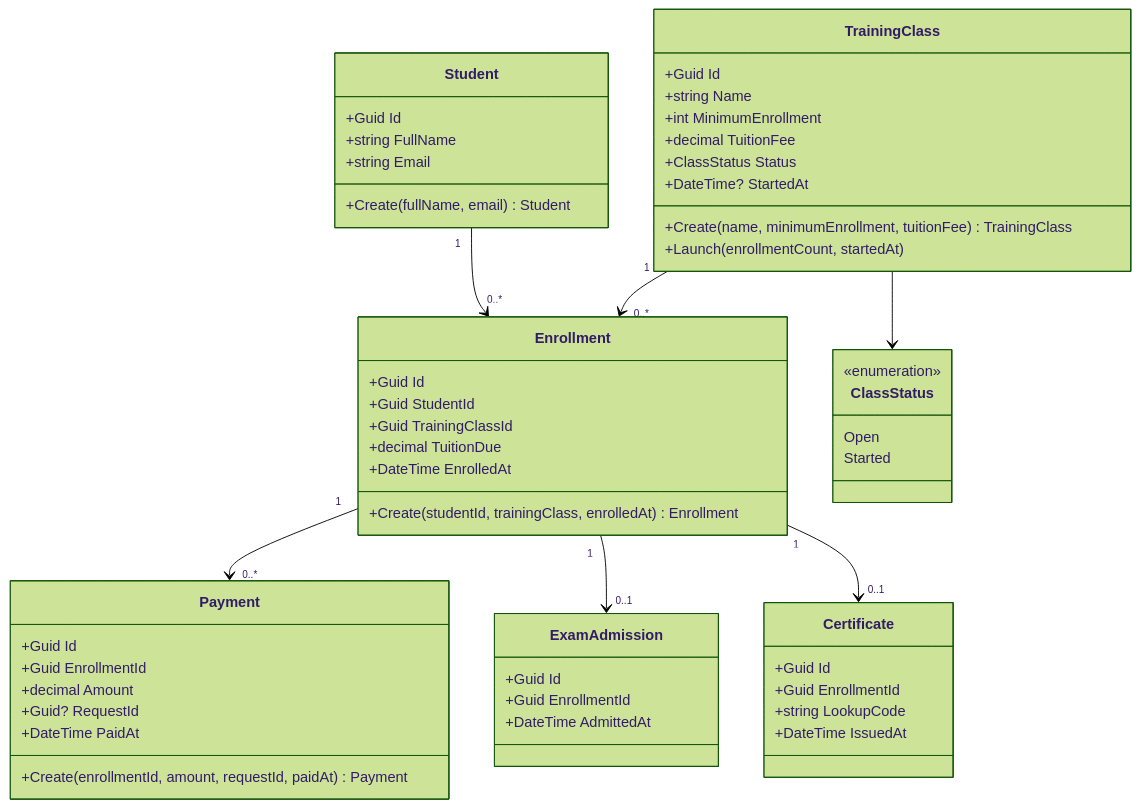
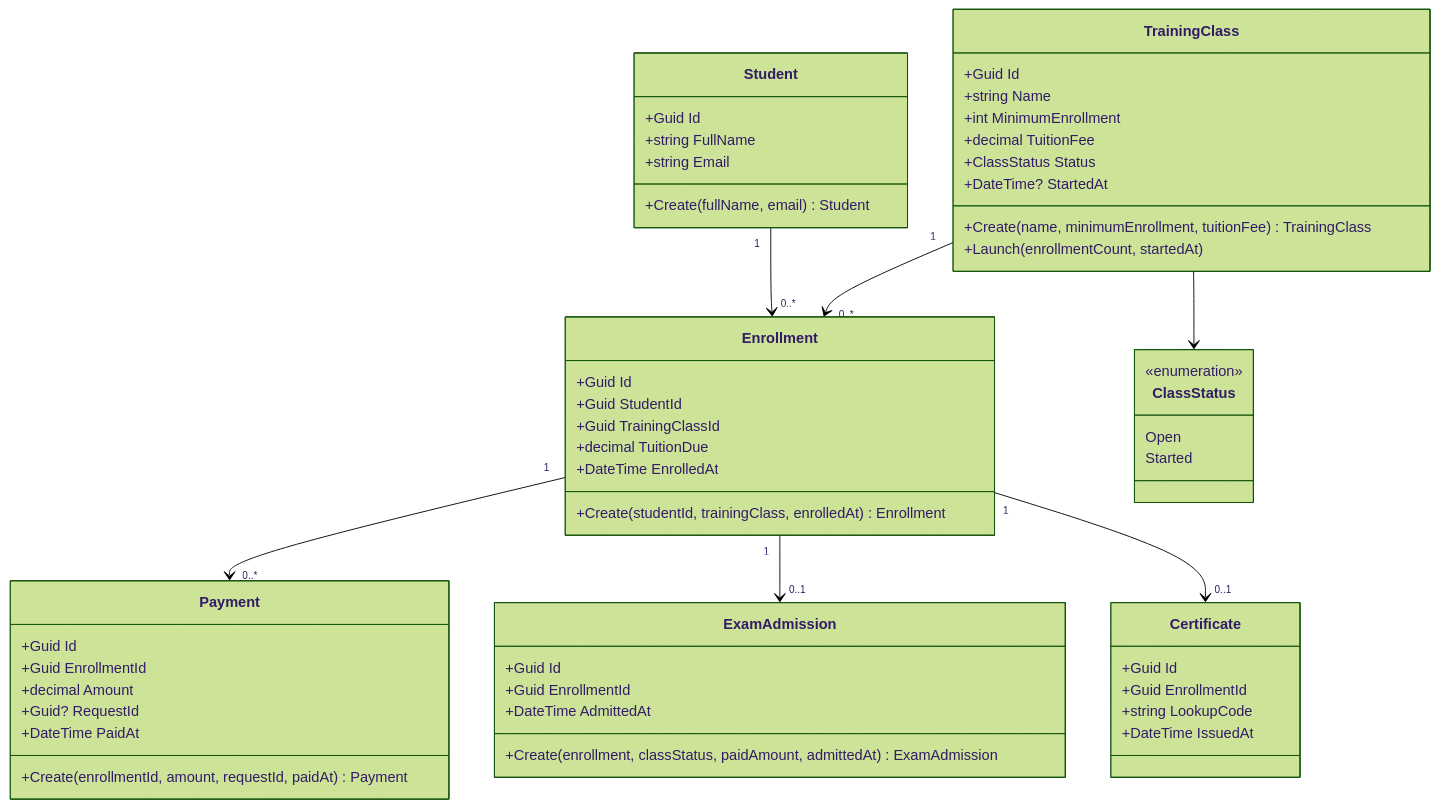
The second of 3 diagrams in docs/design.md (tranhongquang1302/IN421104-DT15), drawn with Mermaid (forest theme) before and after one commit. The commit also changed other lines of this file and 11 other files, not shown here.

Commit message:
feat(exams): enforce tuition rules for final exam admission

````diff
--- a/docs/design.md
+++ b/docs/design.md
@@ -24,57 +24,58 @@
 ```mermaid
 classDiagram
     class Student {
         +Guid Id
         +string FullName
         +string Email
         +Create(fullName, email) Student
     }
     class TrainingClass {
         +Guid Id
         +string Name
         +int MinimumEnrollment
         +decimal TuitionFee
         +ClassStatus Status
         +DateTime? StartedAt
         +Create(name, minimumEnrollment, tuitionFee) TrainingClass
         +Launch(enrollmentCount, startedAt)
     }
     class Enrollment {
         +Guid Id
         +Guid StudentId
         +Guid TrainingClassId
         +decimal TuitionDue
         +DateTime EnrolledAt
         +Create(studentId, trainingClass, enrolledAt) Enrollment
     }
     class Payment {
         +Guid Id
         +Guid EnrollmentId
         +decimal Amount
         +Guid? RequestId
         +DateTime PaidAt
         +Create(enrollmentId, amount, requestId, paidAt) Payment
     }
     class ExamAdmission {
         +Guid Id
         +Guid EnrollmentId
         +DateTime AdmittedAt
+        +Create(enrollment, classStatus, paidAmount, admittedAt) ExamAdmission
     }
     class Certificate {
         +Guid Id
         +Guid EnrollmentId
         +string LookupCode
         +DateTime IssuedAt
     }
     class ClassStatus {
         <<enumeration>>
         Open
         Started
     }
     Student "1" --> "0..*" Enrollment
     TrainingClass "1" --> "0..*" Enrollment
     TrainingClass --> ClassStatus
     Enrollment "1" --> "0..*" Payment
     Enrollment "1" --> "0..1" ExamAdmission
     Enrollment "1" --> "0..1" Certificate
 ```
````
